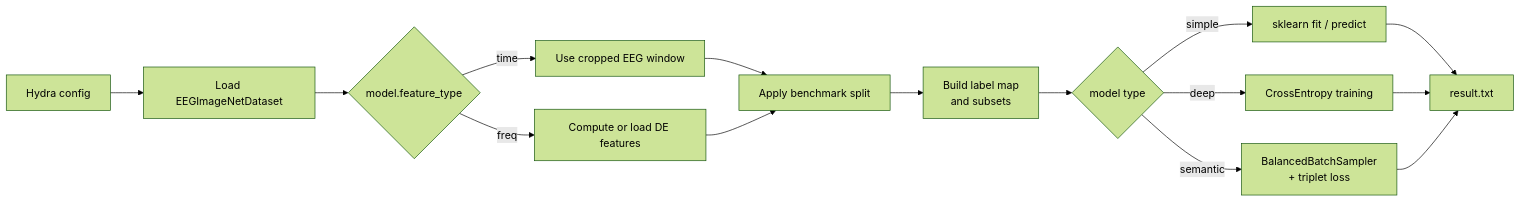
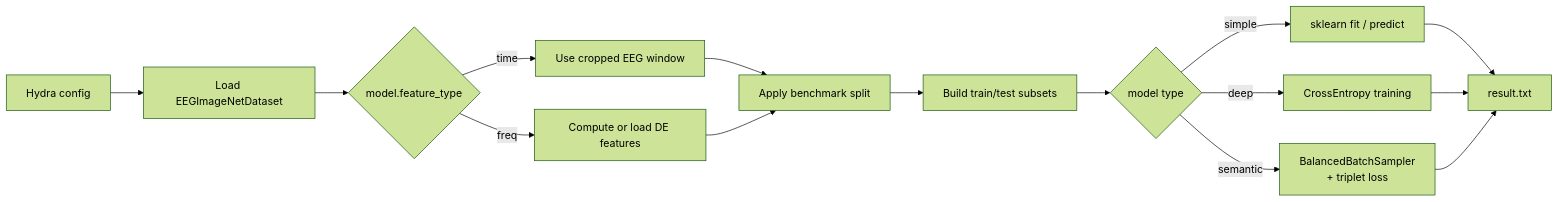
The first of 4 diagrams in README.md (RTae/SUPA-EEG), drawn with Mermaid (forest theme) before and after one commit. The commit also changed other lines of this file, not shown here.

````diff
--- a/README.md
+++ b/README.md
@@ -142,17 +139,17 @@
 ```mermaid
 flowchart LR
     A[Hydra config] --> B[Load EEGImageNetDataset]
     B --> C{model.feature_type}
     C -->|time| D[Use cropped EEG window]
     C -->|freq| E[Compute or load DE features]
     D --> F[Apply benchmark split]
     E --> F
-    F --> G[Build label map\nand subsets]
+    F --> G[Build train/test subsets]
     G --> H{model type}
     H -->|simple| I[sklearn fit / predict]
     H -->|deep| J[CrossEntropy training]
     H -->|semantic| K[BalancedBatchSampler\n+ triplet loss]
     I --> L[result.txt]
     J --> L
     K --> L
 ```
````
